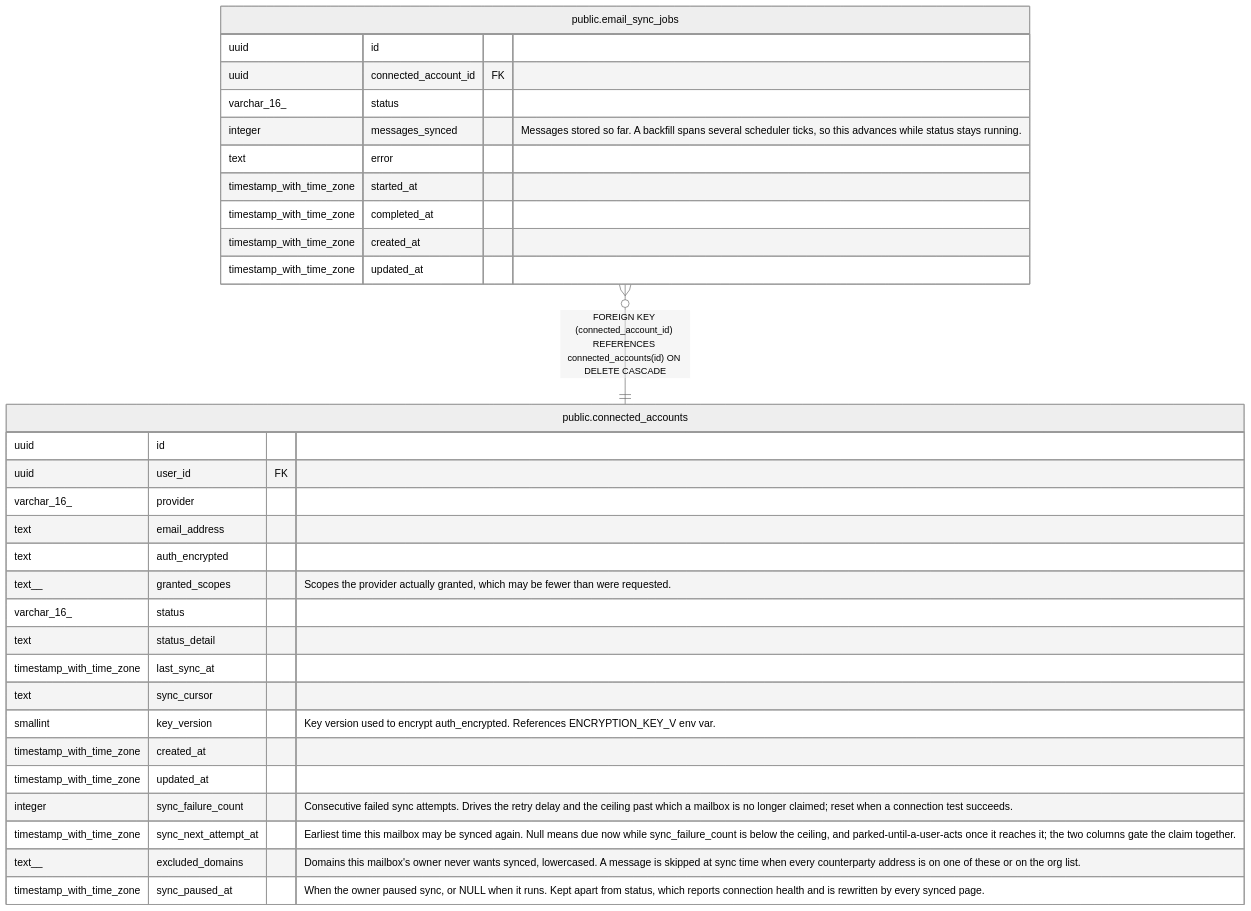
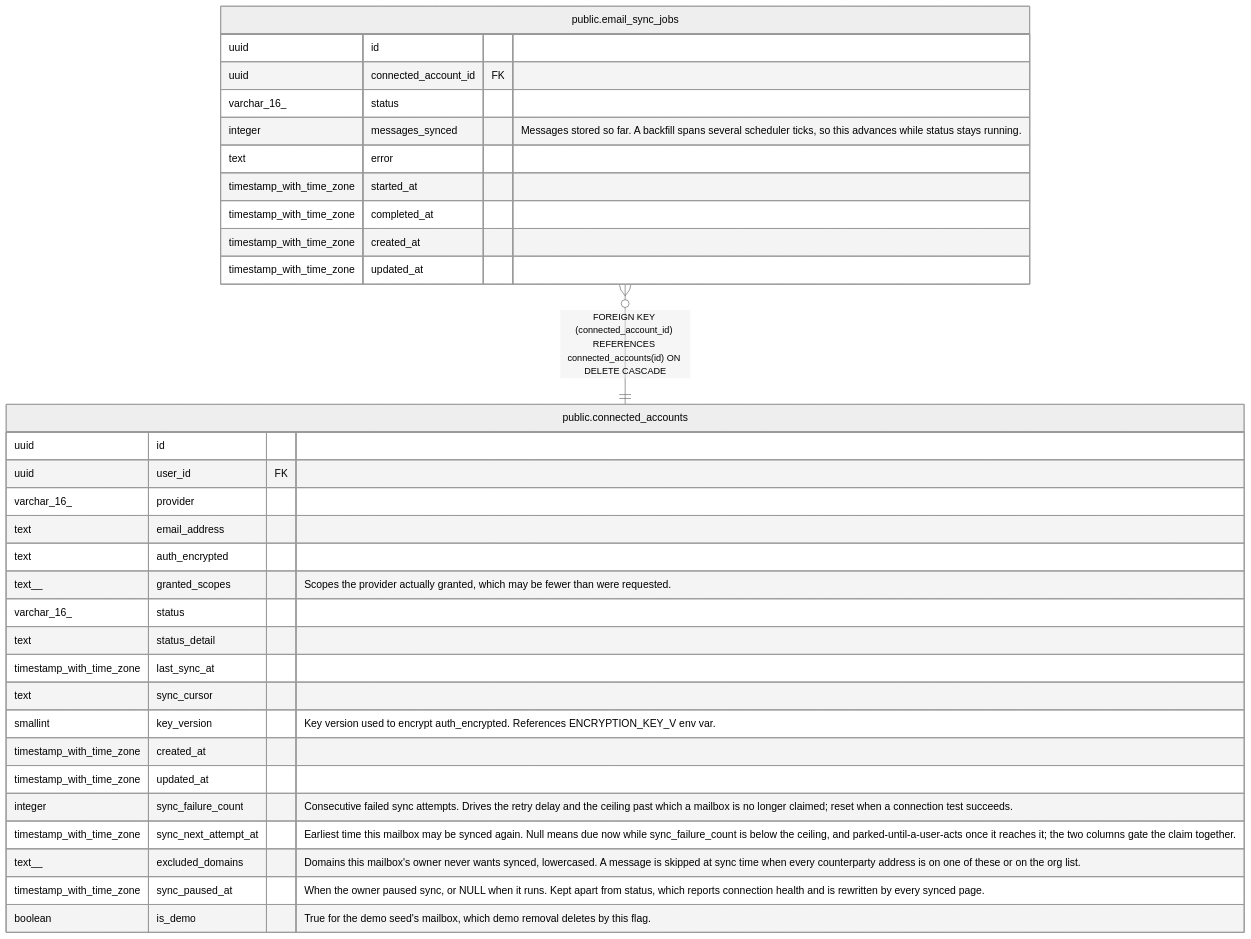
One commit to rkseattle/minicrm changed the diagram in docs/schema/public.email_sync_jobs.md. Above: the diagram before and after it, drawn with Mermaid (neutral theme). The commit also changed 12 other files, not shown here.

First line of the commit message:
MINCRM-582 - Seed demo email threads

````diff
--- a/docs/schema/public.email_sync_jobs.md
+++ b/docs/schema/public.email_sync_jobs.md
@@ -45,36 +45,37 @@
 ```mermaid
 erDiagram
 
 "public.email_sync_jobs" }o--|| "public.connected_accounts" : "FOREIGN KEY (connected_account_id) REFERENCES connected_accounts(id) ON DELETE CASCADE"
 
 "public.email_sync_jobs" {
   uuid id ""
   uuid connected_account_id FK ""
   varchar_16_ status ""
   integer messages_synced "Messages stored so far. A backfill spans several scheduler ticks, so this advances while status stays running."
   text error ""
   timestamp_with_time_zone started_at ""
   timestamp_with_time_zone completed_at ""
   timestamp_with_time_zone created_at ""
   timestamp_with_time_zone updated_at ""
 }
 "public.connected_accounts" {
   uuid id ""
   uuid user_id FK ""
   varchar_16_ provider ""
   text email_address ""
   text auth_encrypted ""
   text__ granted_scopes "Scopes the provider actually granted, which may be fewer than were requested."
   varchar_16_ status ""
   text status_detail ""
   timestamp_with_time_zone last_sync_at ""
   text sync_cursor ""
   smallint key_version "Key version used to encrypt auth_encrypted. References ENCRYPTION_KEY_V<n> env var."
   timestamp_with_time_zone created_at ""
   timestamp_with_time_zone updated_at ""
   integer sync_failure_count "Consecutive failed sync attempts. Drives the retry delay and the ceiling past which a mailbox is no longer claimed; reset when a connection test succeeds."
   timestamp_with_time_zone sync_next_attempt_at "Earliest time this mailbox may be synced again. Null means due now while sync_failure_count is below the ceiling, and parked-until-a-user-acts once it reaches it; the two columns gate the claim together."
   text__ excluded_domains "Domains this mailbox's owner never wants synced, lowercased. A message is skipped at sync time when every counterparty address is on one of these or on the org list."
   timestamp_with_time_zone sync_paused_at "When the owner paused sync, or NULL when it runs. Kept apart from status, which reports connection health and is rewritten by every synced page."
+  boolean is_demo "True for the demo seed's mailbox, which demo removal deletes by this flag."
 }
 ```
````
